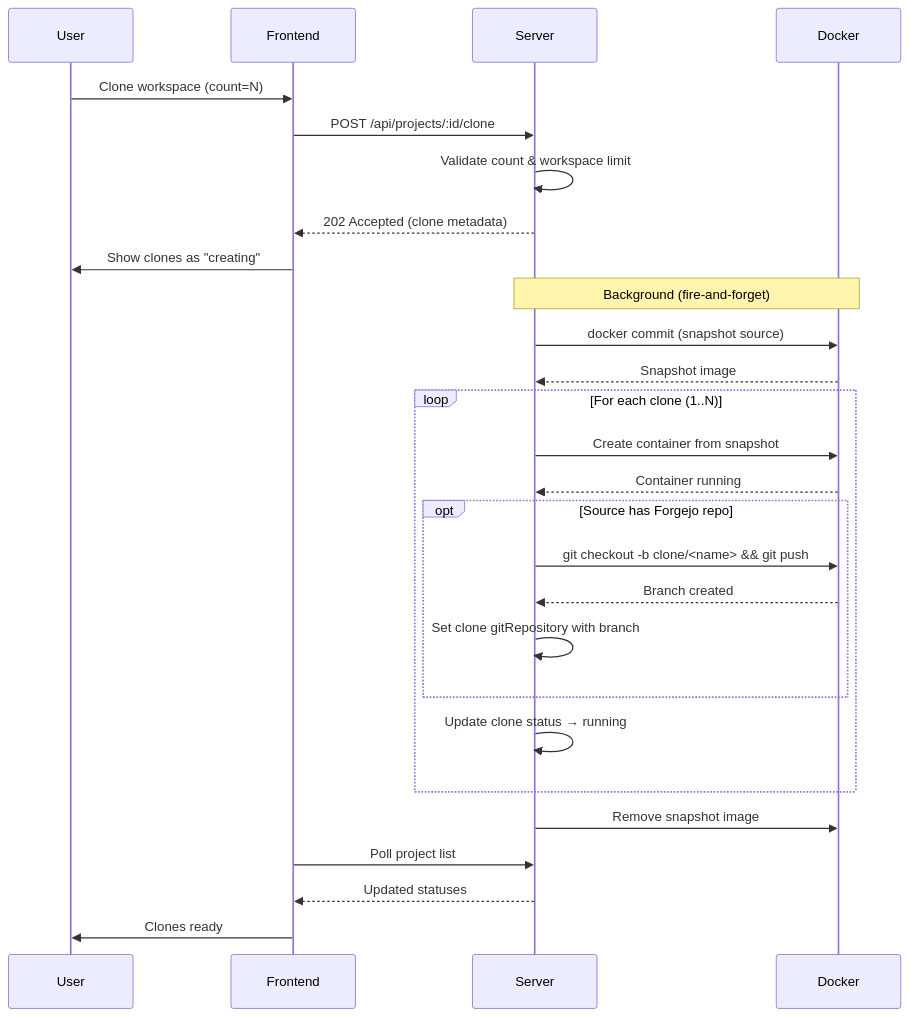
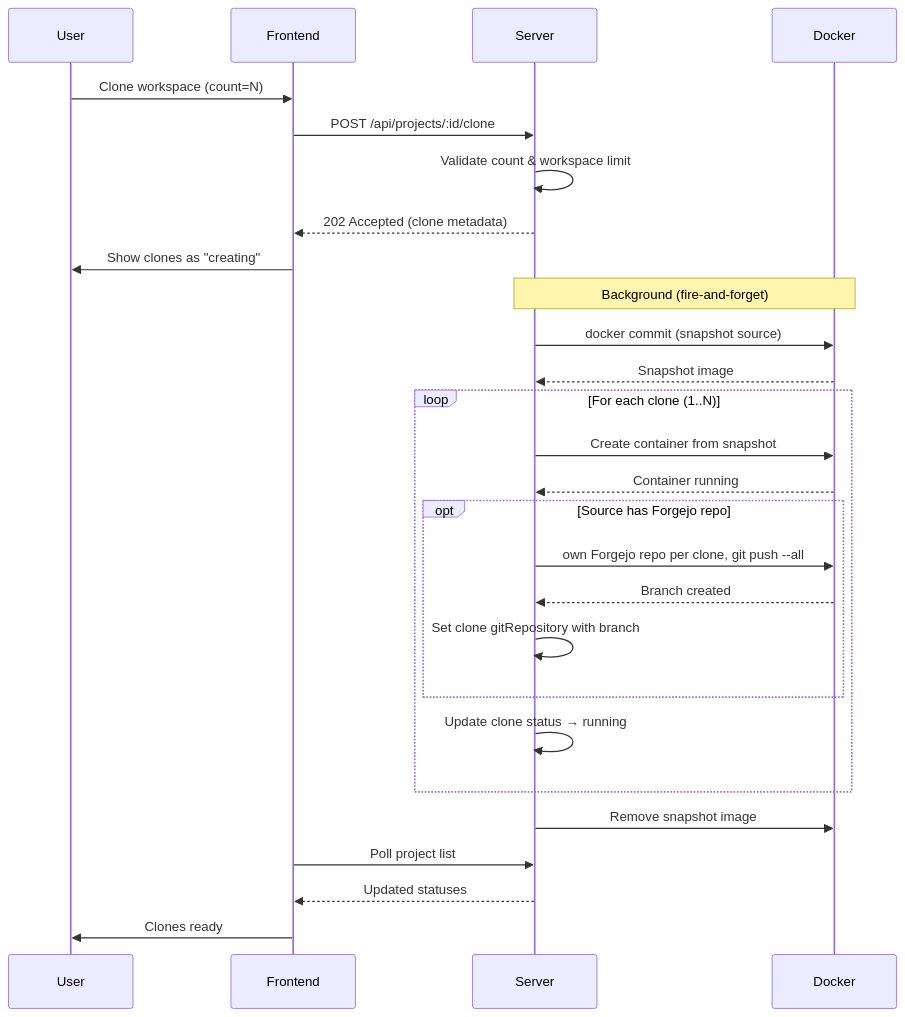
One commit to DG1001/XaresAICoder changed the second of 3 diagrams in docs/ARCHITECTURE.md. Above: the diagram before and after it, drawn with Mermaid. The commit also changed 11 other files, not shown here.

````diff
--- a/docs/ARCHITECTURE.md
+++ b/docs/ARCHITECTURE.md
@@ -295,33 +295,33 @@
 ```mermaid
 sequenceDiagram
     participant User
     participant Frontend
     participant Server
     participant Docker
 
     User->>Frontend: Clone workspace (count=N)
     Frontend->>Server: POST /api/projects/:id/clone
     Server->>Server: Validate count & workspace limit
     Server-->>Frontend: 202 Accepted (clone metadata)
     Frontend->>User: Show clones as "creating"
 
     Note over Server,Docker: Background (fire-and-forget)
     Server->>Docker: docker commit (snapshot source)
     Docker-->>Server: Snapshot image
 
     loop For each clone (1..N)
         Server->>Docker: Create container from snapshot
         Docker-->>Server: Container running
         opt Source has Forgejo repo
-            Server->>Docker: git checkout -b clone/<name> && git push
+            Server->>Docker: own Forgejo repo per clone, git push --all
             Docker-->>Server: Branch created
             Server->>Server: Set clone gitRepository with branch
         end
         Server->>Server: Update clone status → running
     end
 
     Server->>Docker: Remove snapshot image
     Frontend->>Server: Poll project list
     Server-->>Frontend: Updated statuses
     Frontend->>User: Clones ready
 ```
````
